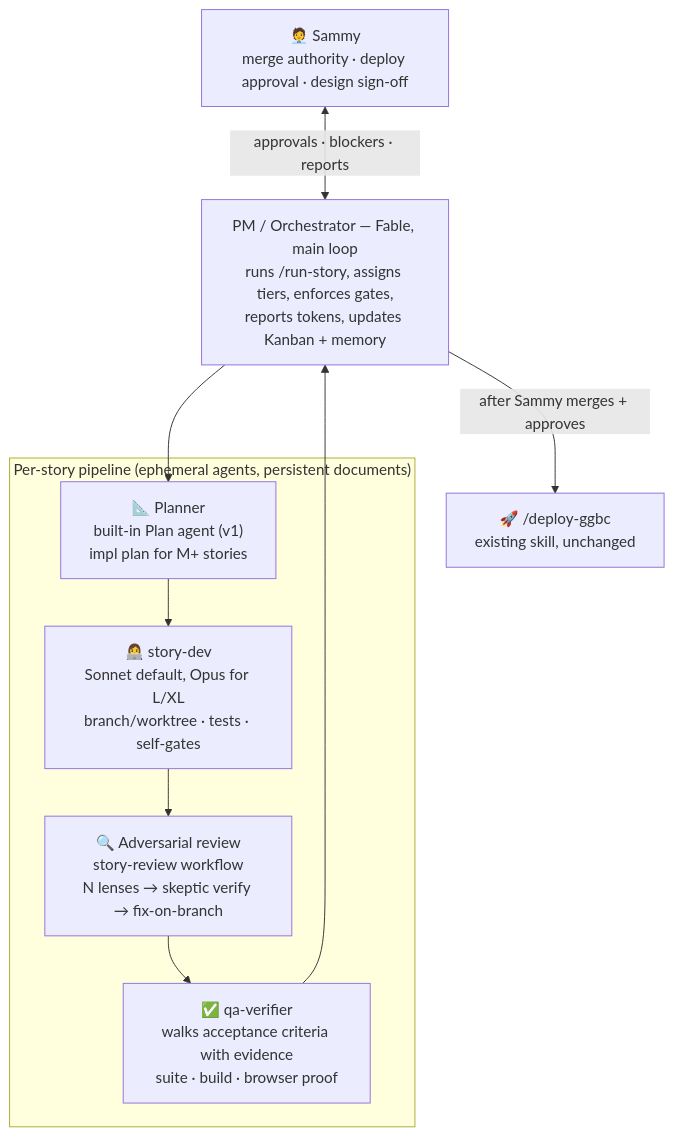
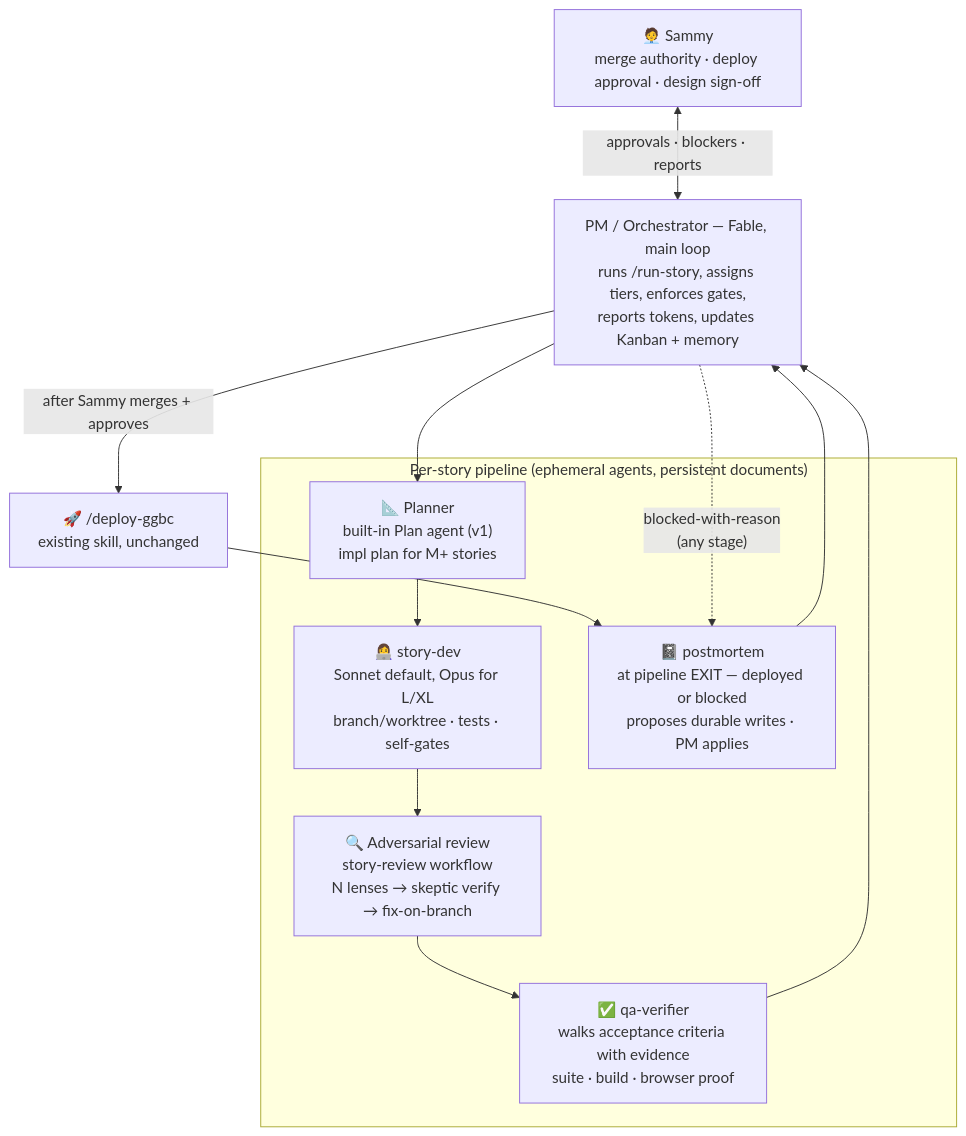
The diagram in docs/agent-team.md (sammygallo/goodgirlsbotclub), drawn with Mermaid before and after one commit. The commit also changed other lines of this file and 5 other files, not shown here.

First line of the commit message:
feat(agent-team): postmortem role + run ledger (charter v1.2) (#474)

````diff
--- a/docs/agent-team.md
+++ b/docs/agent-team.md
@@ -22,17 +23,20 @@
 ```mermaid
 flowchart TB
     SAMMY["🧑‍💼 Sammy<br/>merge authority · deploy approval · design sign-off"]
     PM["PM / Orchestrator — Fable, main loop<br/>runs /run-story, assigns tiers, enforces gates,<br/>reports tokens, updates Kanban + memory"]
 
     SAMMY <-->|"approvals · blockers · reports"| PM
 
     subgraph PIPELINE["Per-story pipeline (ephemeral agents, persistent documents)"]
         PLAN["📐 Planner<br/>built-in Plan agent (v1)<br/>impl plan for M+ stories"]
         DEV["👩‍💻 story-dev<br/>Sonnet default, Opus for L/XL<br/>branch/worktree · tests · self-gates"]
         REV["🔍 Adversarial review<br/>story-review workflow<br/>N lenses → skeptic verify → fix-on-branch"]
         QA["✅ qa-verifier<br/>walks acceptance criteria with evidence<br/>suite · build · browser proof"]
+        PMORT["📓 postmortem<br/>at pipeline EXIT — deployed or blocked<br/>proposes durable writes · PM applies"]
     end
 
     PM --> PLAN --> DEV --> REV --> QA --> PM
     PM -->|"after Sammy merges + approves"| DEPLOY["🚀 /deploy-ggbc<br/>existing skill, unchanged"]
+    DEPLOY --> PMORT --> PM
+    PM -.->|"blocked-with-reason<br/>(any stage)"| PMORT
 ```
````
